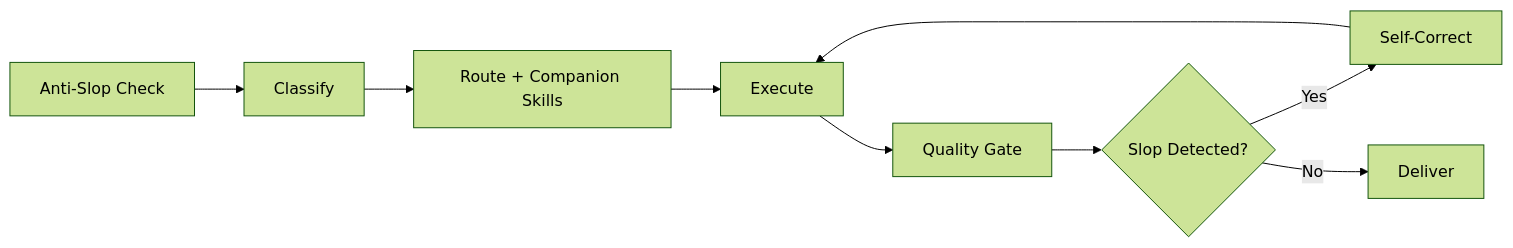
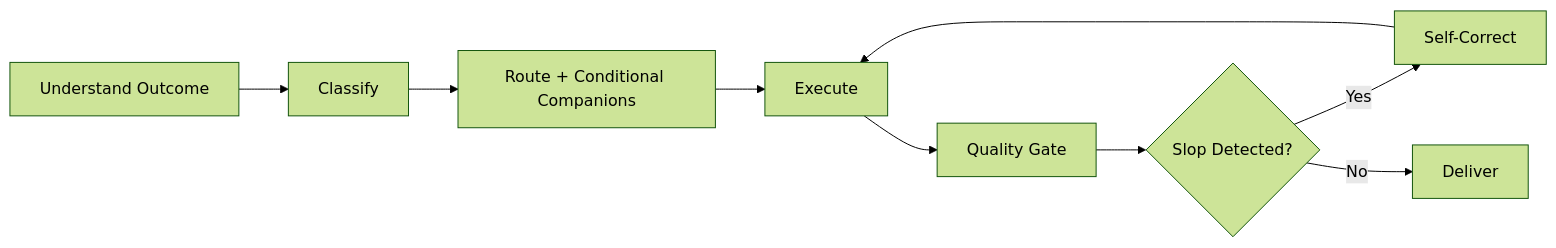
Before and after one commit to giriedu/maxilun: the diagram in skills/maxilun/SKILL.md, drawn with Mermaid (forest theme). The commit also changed other lines of this file and 34 other files, not shown here.

````diff
--- a/skills/maxilun/SKILL.md
+++ b/skills/maxilun/SKILL.md
@@ -113,11 +113,11 @@
 ```mermaid
 flowchart LR
-    A[Anti-Slop Check] --> B[Classify]
-    B --> C[Route + Companion Skills]
+    A[Understand Outcome] --> B[Classify]
+    B --> C[Route + Conditional Companions]
     C --> D[Execute]
     D --> E[Quality Gate]
     E --> F{Slop Detected?}
     F -->|Yes| G[Self-Correct]
     G --> D
     F -->|No| H[Deliver]
 ```
````
